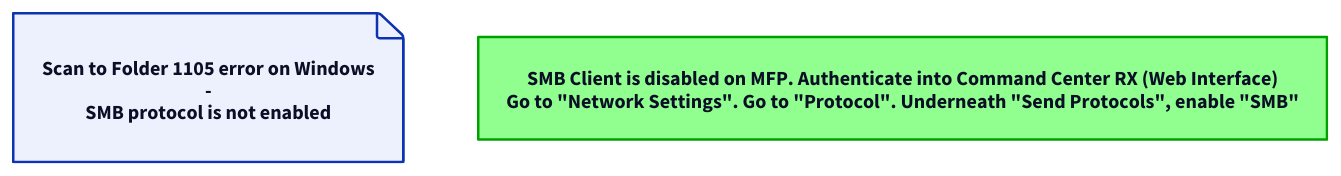
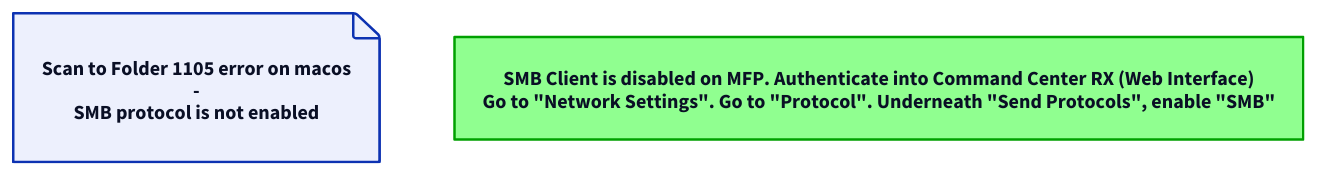
The diagram in smb/kyocera/macos/1105.d2 (ThunderCreeper4/mfp-scanning-flowchart), drawn with D2 before and after one commit. The commit also changed 4 other files, not shown here.

```diff
--- a/smb/kyocera/macos/1105.d2
+++ b/smb/kyocera/macos/1105.d2
@@ -1,10 +1,10 @@
-Scan to Folder 1105 error on Windows\n-\nSMB protocol is not enabled.: {class: note}
+Scan to Folder 1105 error on macos\n-\nSMB protocol is not enabled.: {class: note}
 classes: {
     step: {shape: rectangle}
     diagnose: {shape: diamond}
     fixed: {shape: rectangle; style: {fill: "#90FF90"; stroke: "#00A000";}}
     failure: {shape: rectangle; style: {fill: "#FF9090"; stroke: "#A00000";}}
     note: {shape: page;}
 }
 
 1: SMB Client is disabled on MFP. Authenticate into Command Center RX (Web Interface)\nGo to "Network Settings". Go to "Protocol". Underneath "Send Protocols", enable "SMB" {class: fixed}
```
